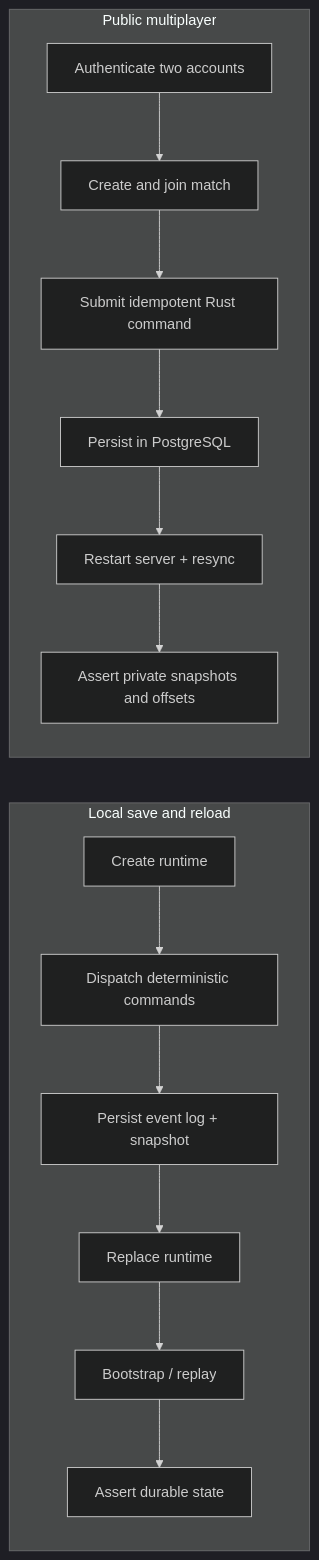
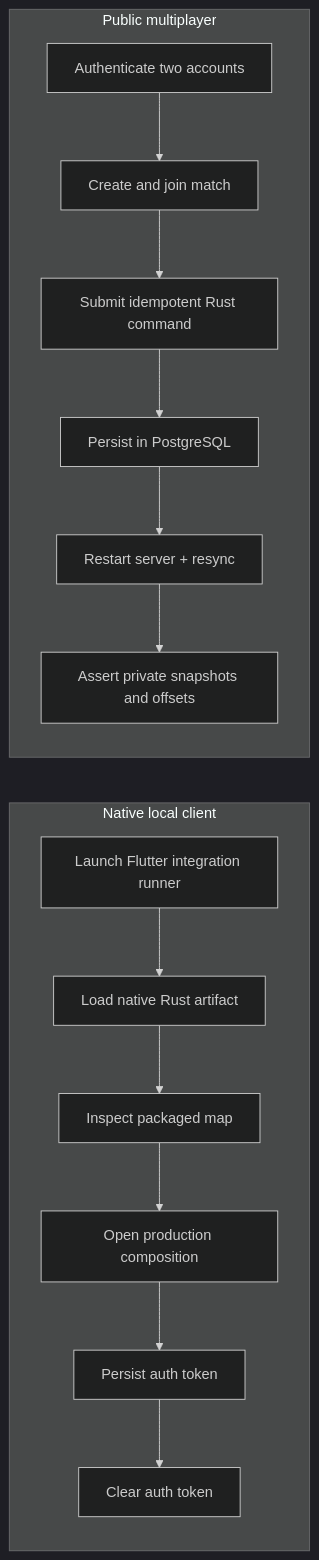
One commit to ernestwisniewski/aonw changed the diagram in docs/critical-e2e.md. Above: the diagram before and after it, drawn with Mermaid (dark theme). The commit also changed other lines of this file and 8 other files, not shown here.

````diff
--- a/docs/critical-e2e.md
+++ b/docs/critical-e2e.md
@@ -24,10 +24,10 @@
 ```mermaid
 flowchart LR
-  subgraph Local["Local save and reload"]
-    L1["Create runtime"] --> L2["Dispatch deterministic commands"] --> L3["Persist event log + snapshot"] --> L4["Replace runtime"] --> L5["Bootstrap / replay"] --> L6["Assert durable state"]
+  subgraph Local["Native local client"]
+    L1["Launch Flutter integration runner"] --> L2["Load native Rust artifact"] --> L3["Inspect packaged map"] --> L4["Open production composition"] --> L5["Persist auth token"] --> L6["Clear auth token"]
   end
 
   subgraph Online["Public multiplayer"]
     O1["Authenticate two accounts"] --> O2["Create and join match"] --> O3["Submit idempotent Rust command"] --> O4["Persist in PostgreSQL"] --> O5["Restart server + resync"] --> O6["Assert private snapshots and offsets"]
   end
 ```
````
